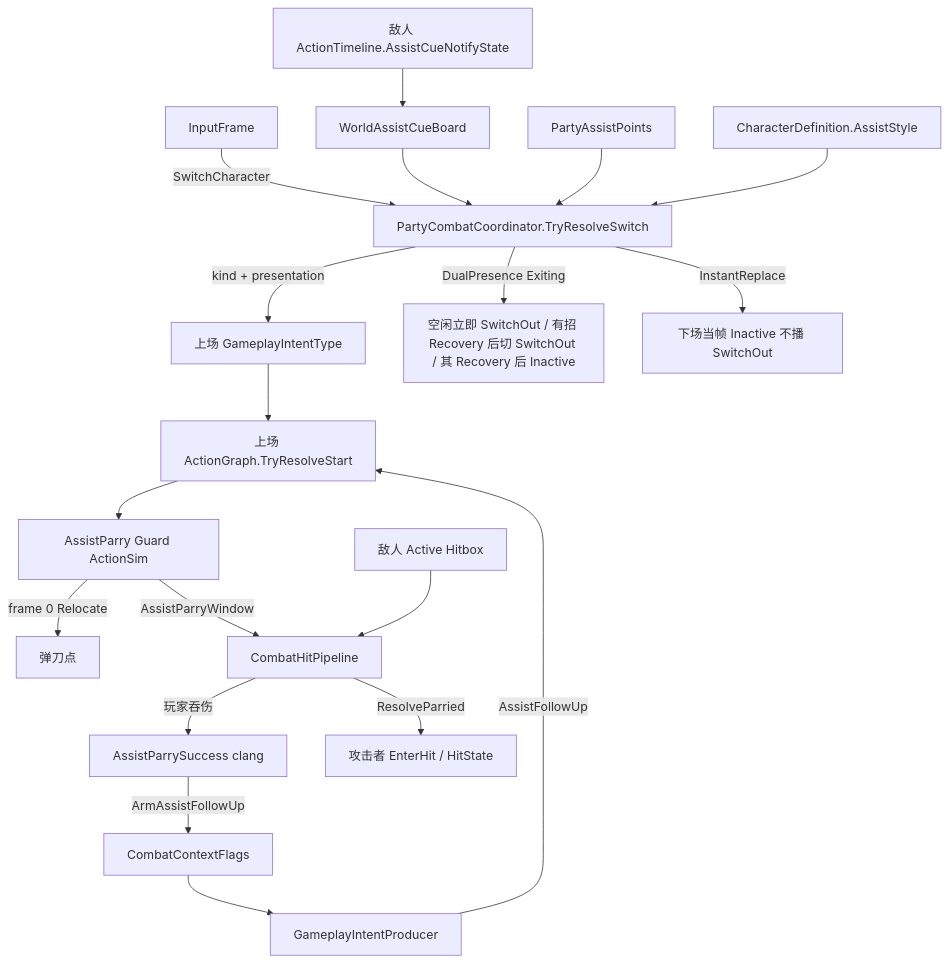
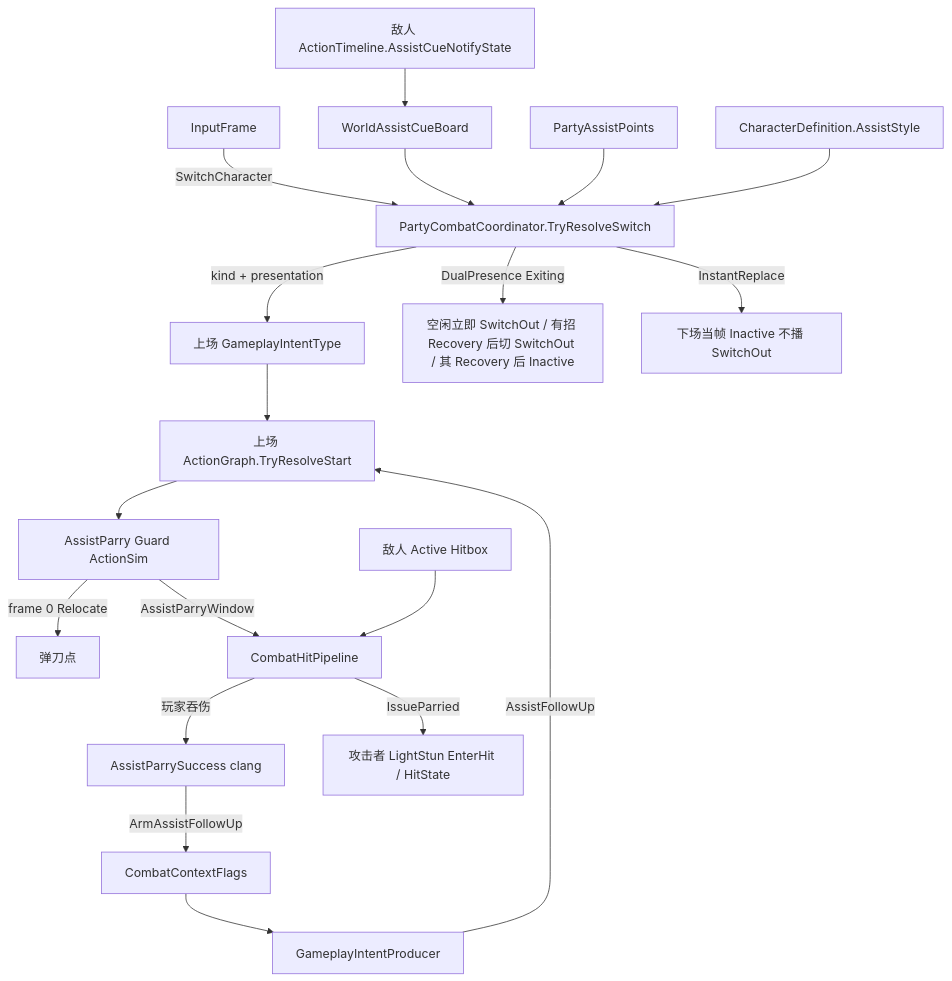
One commit to diosamacao/DiavoloGame changed the diagram in docs/2026.8.30/PARTY_SWITCH_ASSIST_PLAN.md. Above: the diagram before and after it, drawn with Mermaid. The commit also changed other lines of this file, not shown here.

````diff
--- a/docs/2026.8.30/PARTY_SWITCH_ASSIST_PLAN.md
+++ b/docs/2026.8.30/PARTY_SWITCH_ASSIST_PLAN.md
@@ -208,21 +212,21 @@
 ```mermaid
 flowchart TB
   InputFrame -->|SwitchCharacter| Coordinator[PartyCombatCoordinator.TryResolveSwitch]
   EnemyTL[敌人 ActionTimeline.AssistCueNotifyState] --> CueBoard[WorldAssistCueBoard]
   CueBoard --> Coordinator
   AssistPts[PartyAssistPoints] --> Coordinator
   Def[CharacterDefinition.AssistStyle] --> Coordinator
   Coordinator -->|kind + presentation| IncomingIntent[上场 GameplayIntentType]
   Coordinator -->|DualPresence Exiting| Outgoing[空闲立即 SwitchOut / 有招 Recovery 后切 SwitchOut / 其 Recovery 后 Inactive]
   Coordinator -->|InstantReplace| Hide[下场当帧 Inactive 不播 SwitchOut]
   IncomingIntent --> Graph[上场 ActionGraph.TryResolveStart]
   Graph --> Guard[AssistParry Guard ActionSim]
   Guard -->|frame 0 Relocate| Pose[弹刀点]
   EnemyHit[敌人 Active Hitbox] --> Pipeline[CombatHitPipeline]
   Guard -->|AssistParryWindow| Pipeline
   Pipeline -->|玩家吞伤| Success[AssistParrySuccess clang]
-  Pipeline -->|ResolveParried| HitState[攻击者 EnterHit / HitState]
+  Pipeline -->|IssueParried| HitState[攻击者 LightStun EnterHit / HitState]
   Success -->|ArmAssistFollowUp| Flags[CombatContextFlags]
   Flags --> Producer[GameplayIntentProducer]
   Producer -->|AssistFollowUp| Graph
 ```
````
